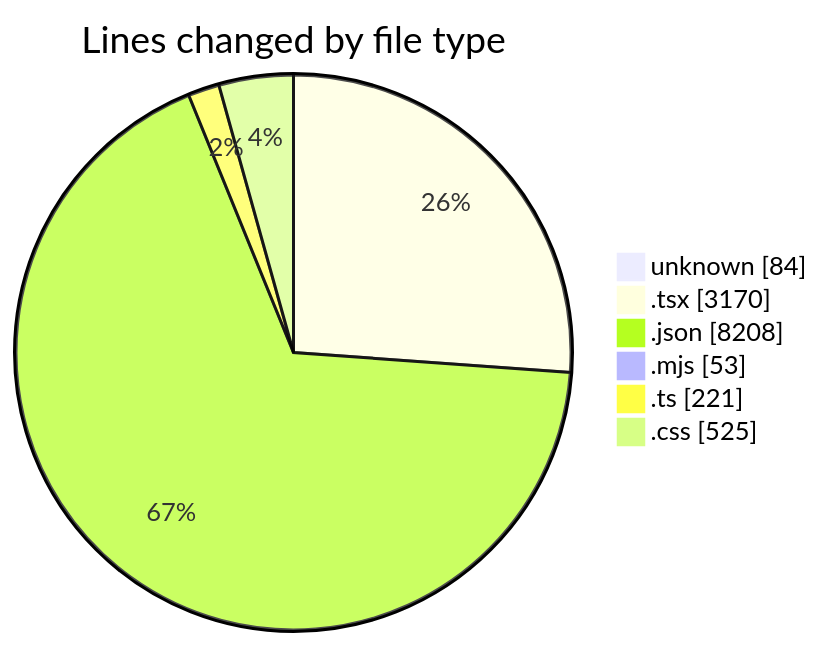
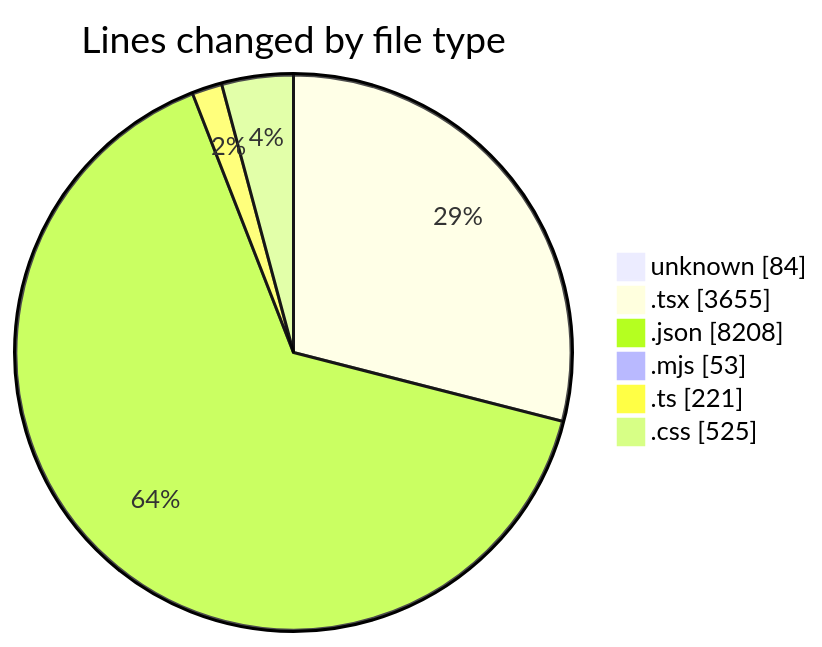
Before and after one commit to Elitesun/code-tracking: the first of 2 diagrams in 2025-05-15/niten/README.md, drawn with Mermaid. The commit also changed other lines of this file and 2 other files, not shown here.

````diff
--- a/2025-05-15/niten/README.md
+++ b/2025-05-15/niten/README.md
@@ -44,10 +44,10 @@
 ```mermaid
 pie showData
 title Lines changed by file type
 "unknown" : 84
-".tsx" : 3170
+".tsx" : 3655
 ".json" : 8208
 ".mjs" : 53
 ".ts" : 221
 ".css" : 525
 ```
````
